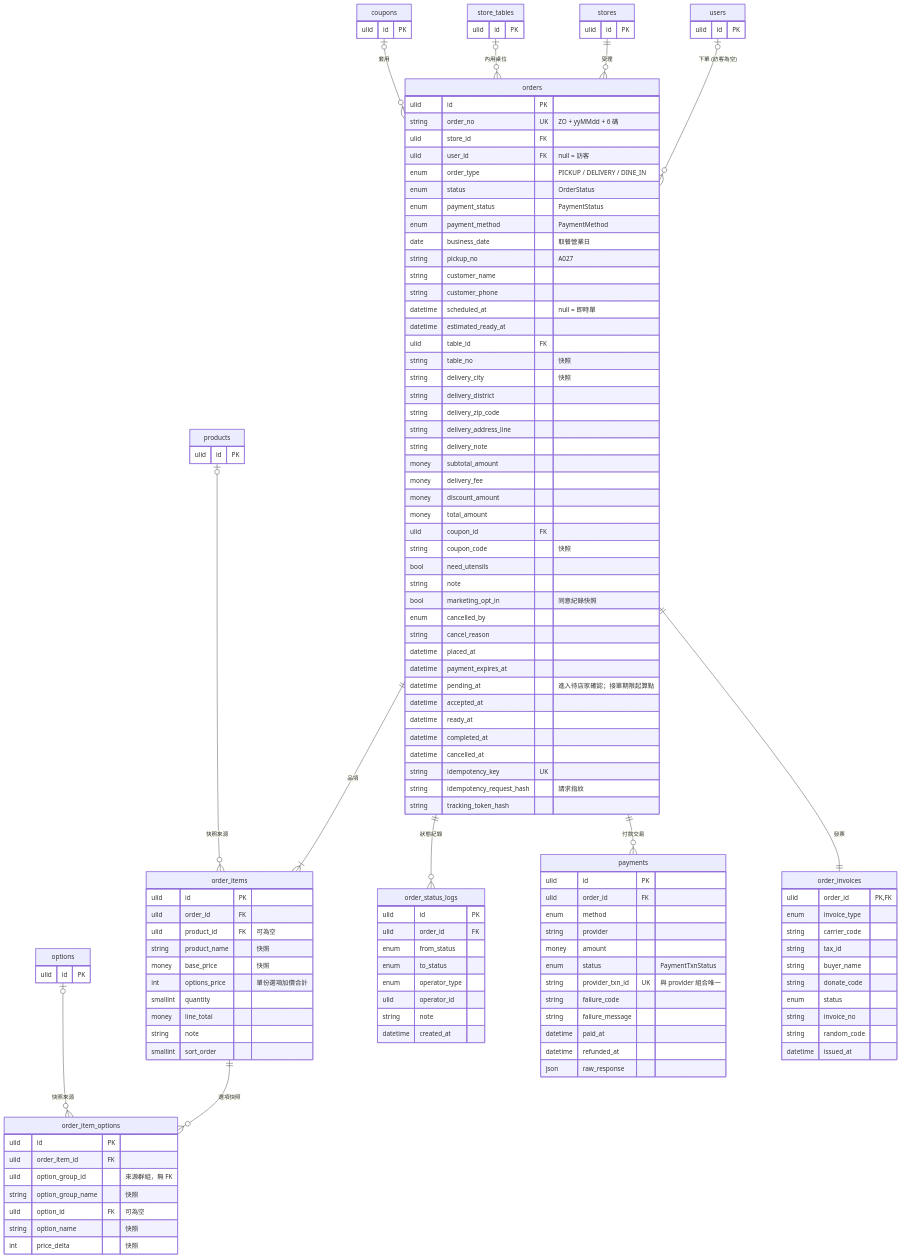
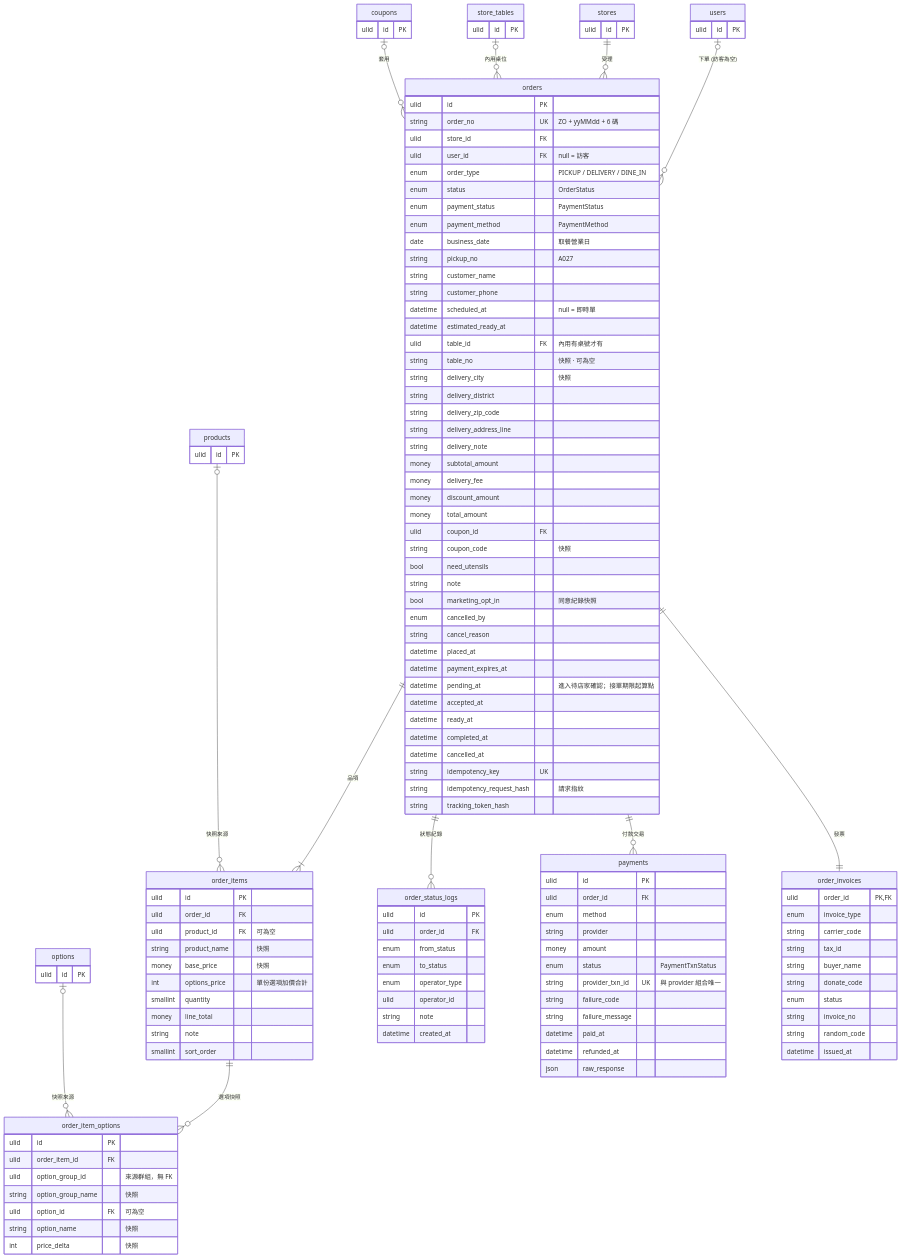
The sixth of 7 diagrams in docs/04-erd.md (roycecole/zaiorderv2-Demo), drawn with Mermaid before and after one commit. The commit also changed other lines of this file and 30 other files, not shown here.

```diff
--- a/docs/04-erd.md
+++ b/docs/04-erd.md
@@ -341,8 +341,8 @@
         string customer_phone
         datetime scheduled_at "null = 即時單"
         datetime estimated_ready_at
-        ulid table_id FK
-        string table_no "快照"
+        ulid table_id FK "內用有桌號才有"
+        string table_no "快照 · 可為空"
         string delivery_city "快照"
         string delivery_district
         string delivery_zip_code
```
